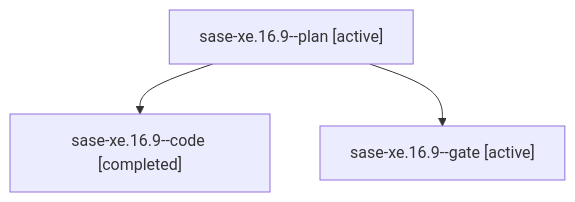
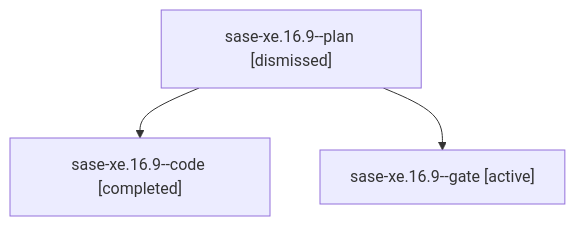
One commit to sase-org/sase--agents changed the diagram in sessions/bbugyi200.athena.sase-xe.16.9.md. Above: the diagram before and after it, drawn with Mermaid. The commit also changed other lines of this file and 277 other files, not shown here.

````diff
--- a/sessions/bbugyi200.athena.sase-xe.16.9.md
+++ b/sessions/bbugyi200.athena.sase-xe.16.9.md
@@ -9,8 +9,8 @@
 ```mermaid
 flowchart TD
-  n0["sase-xe.16.9--plan [active]"]
+  n0["sase-xe.16.9--plan [dismissed]"]
   n1["sase-xe.16.9--code [completed]"]
   n0 --> n1
   n2["sase-xe.16.9--gate [active]"]
   n0 --> n2
 ```
````
